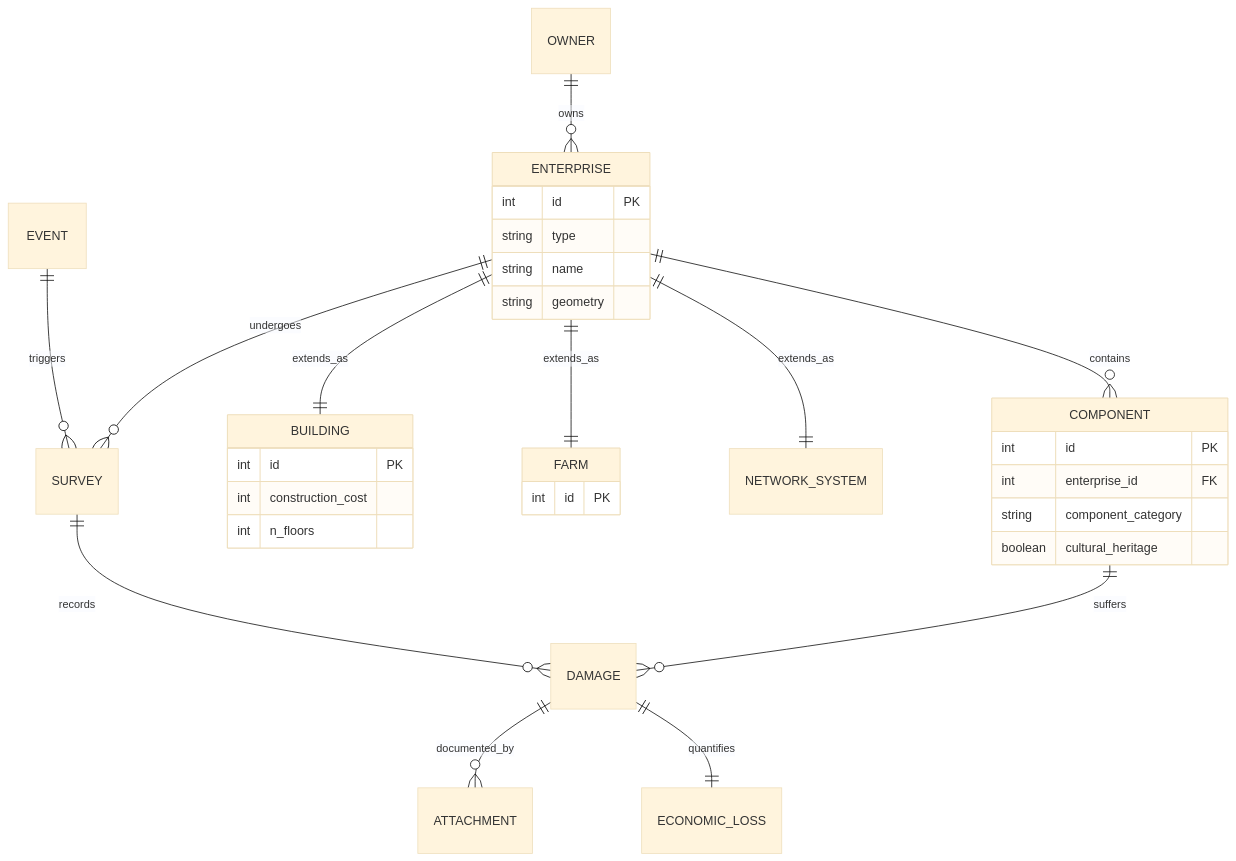
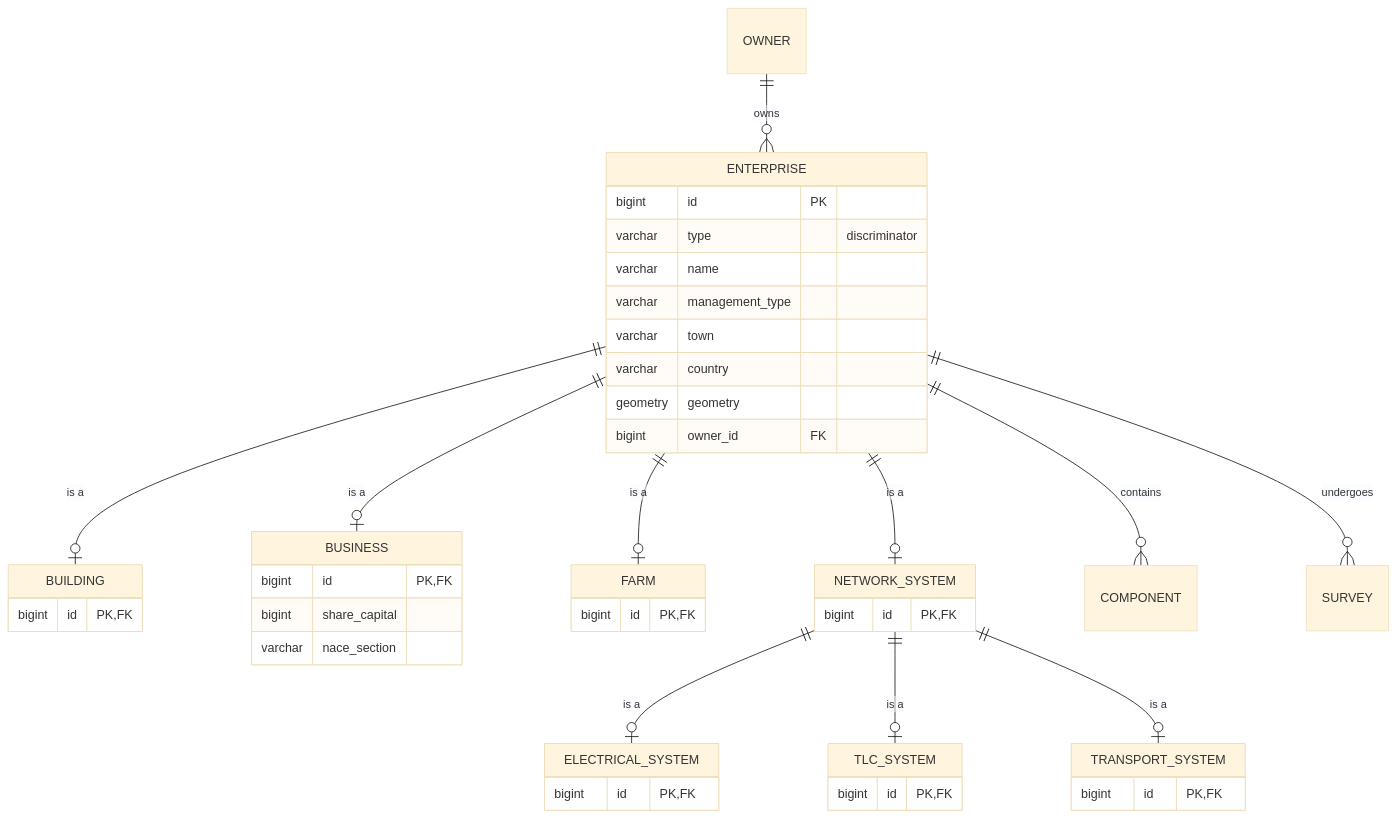
One commit to Tars4815/dictionary-demo changed the first of 3 diagrams in docs/schema_er.md. Above: the diagram before and after it, drawn with Mermaid (base theme). The commit also changed other lines of this file and 6 other files, not shown here.

First line of the commit message:
Document schema and table updates

````diff
--- a/docs/schema_er.md
+++ b/docs/schema_er.md
@@ -5,38 +15,47 @@
 ```mermaid
 erDiagram
     OWNER ||--o{ ENTERPRISE : owns
+    ENTERPRISE ||--o| BUILDING : "is a"
+    ENTERPRISE ||--o| BUSINESS : "is a"
+    ENTERPRISE ||--o| FARM : "is a"
+    ENTERPRISE ||--o| NETWORK_SYSTEM : "is a"
+    NETWORK_SYSTEM ||--o| ELECTRICAL_SYSTEM : "is a"
+    NETWORK_SYSTEM ||--o| TLC_SYSTEM : "is a"
+    NETWORK_SYSTEM ||--o| TRANSPORT_SYSTEM : "is a"
     ENTERPRISE ||--o{ COMPONENT : contains
-    
-    ENTERPRISE ||--|| BUILDING : extends_as
-    ENTERPRISE ||--|| FARM : extends_as
-    ENTERPRISE ||--|| NETWORK_SYSTEM : extends_as
-
-    EVENT ||--o{ SURVEY : triggers
     ENTERPRISE ||--o{ SURVEY : undergoes
-    SURVEY ||--o{ DAMAGE : records
-    COMPONENT ||--o{ DAMAGE : suffers
-    
-    DAMAGE ||--o{ ATTACHMENT : documented_by
-    DAMAGE ||--|| ECONOMIC_LOSS : quantifies
 
     ENTERPRISE {
-        int id PK
-        string type
-        string name
-        string geometry
+        bigint id PK
+        varchar type "discriminator"
+        varchar name
+        varchar management_type
+        varchar town
+        varchar country
+        geometry geometry
+        bigint owner_id FK
+    }
+    BUSINESS {
+        bigint id PK, FK
+        bigint share_capital
+        varchar nace_section
     }
     BUILDING {
-        int id PK
-        int construction_cost
-        int n_floors
+        bigint id PK, FK
     }
     FARM {
-        int id PK
+        bigint id PK, FK
     }
-    COMPONENT {
-        int id PK
-        int enterprise_id FK
-        string component_category
-        boolean cultural_heritage
+    NETWORK_SYSTEM {
+        bigint id PK, FK
+    }
+    ELECTRICAL_SYSTEM {
+        bigint id PK, FK
+    }
+    TLC_SYSTEM {
+        bigint id PK, FK
+    }
+    TRANSPORT_SYSTEM {
+        bigint id PK, FK
     }
 ```
````
